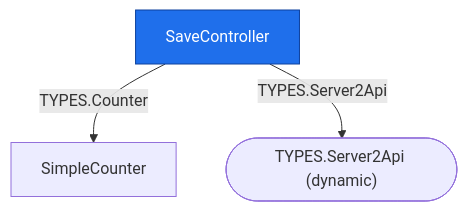
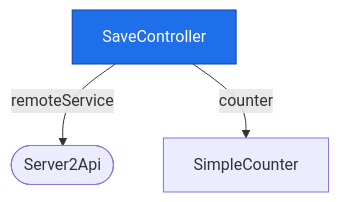
One commit to deanhiller/webpieces-ts changed the second of 2 diagrams in apps/app-example/client-server/design.md. Above: the diagram before and after it, drawn with Mermaid. The commit also changed other lines of this file and 11 other files, not shown here.

````diff
--- a/apps/app-example/client-server/design.md
+++ b/apps/app-example/client-server/design.md
@@ -22,10 +23,11 @@
 ```mermaid
 graph TD
     SaveController["SaveController"]:::controller
+    Server2Api(["Server2Api"])
     SimpleCounter["SimpleCounter"]
-    TYPES_Server2Api__dynamic_(["TYPES.Server2Api (dynamic)"])
-    SaveController -->|TYPES.Counter| SimpleCounter
-    SaveController -->|TYPES.Server2Api| TYPES_Server2Api__dynamic_
+    SaveController -->|remoteService| Server2Api
+    SaveController -->|counter| SimpleCounter
     classDef controller fill:#1f6feb,color:#ffffff,stroke:#0d419d
+    classDef component fill:#2da44e,color:#ffffff,stroke:#1a7f37
     classDef unresolved fill:#f0ad4e,color:#000000,stroke:#b8860b,stroke-dasharray: 5 5
 ```
````
